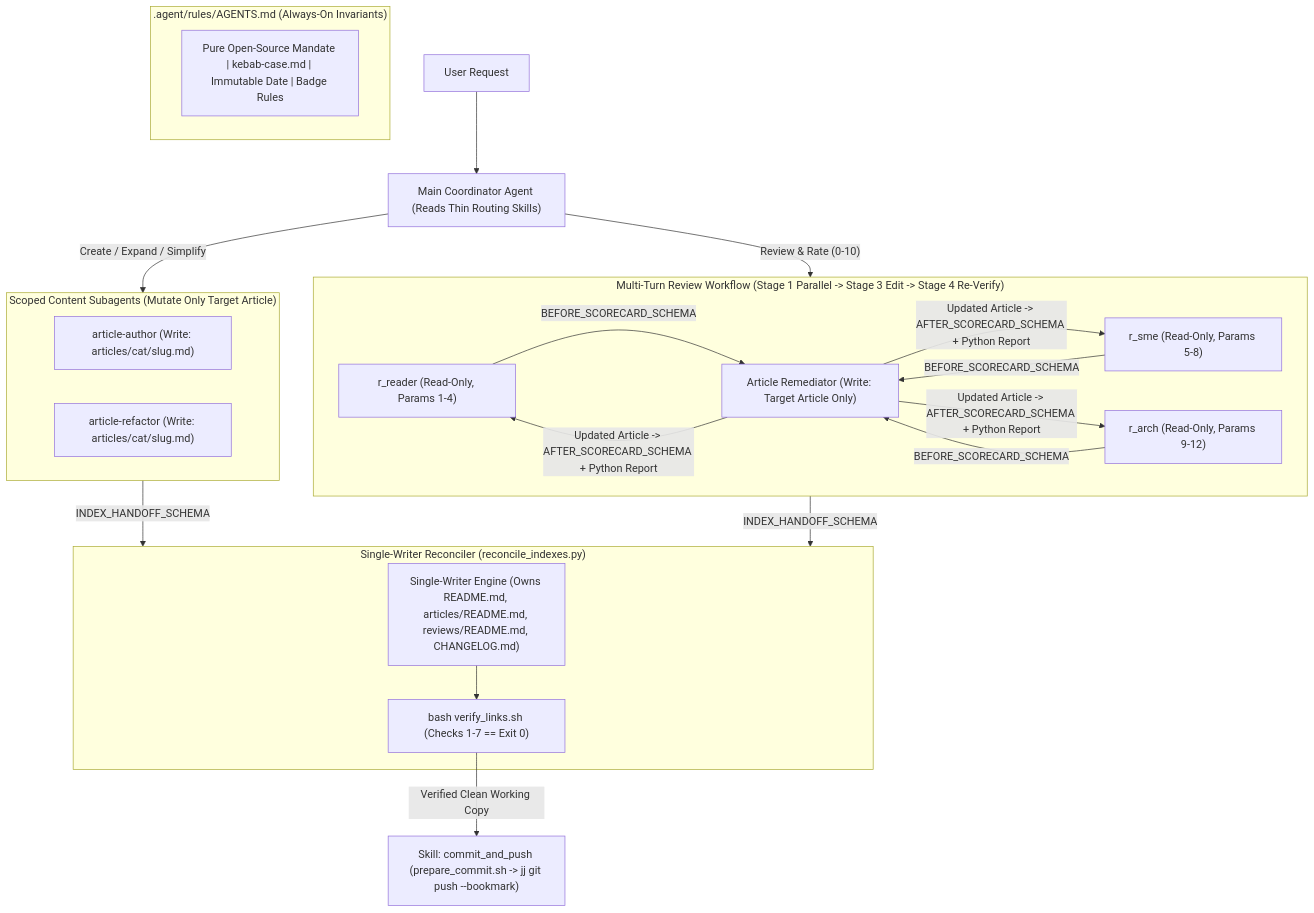
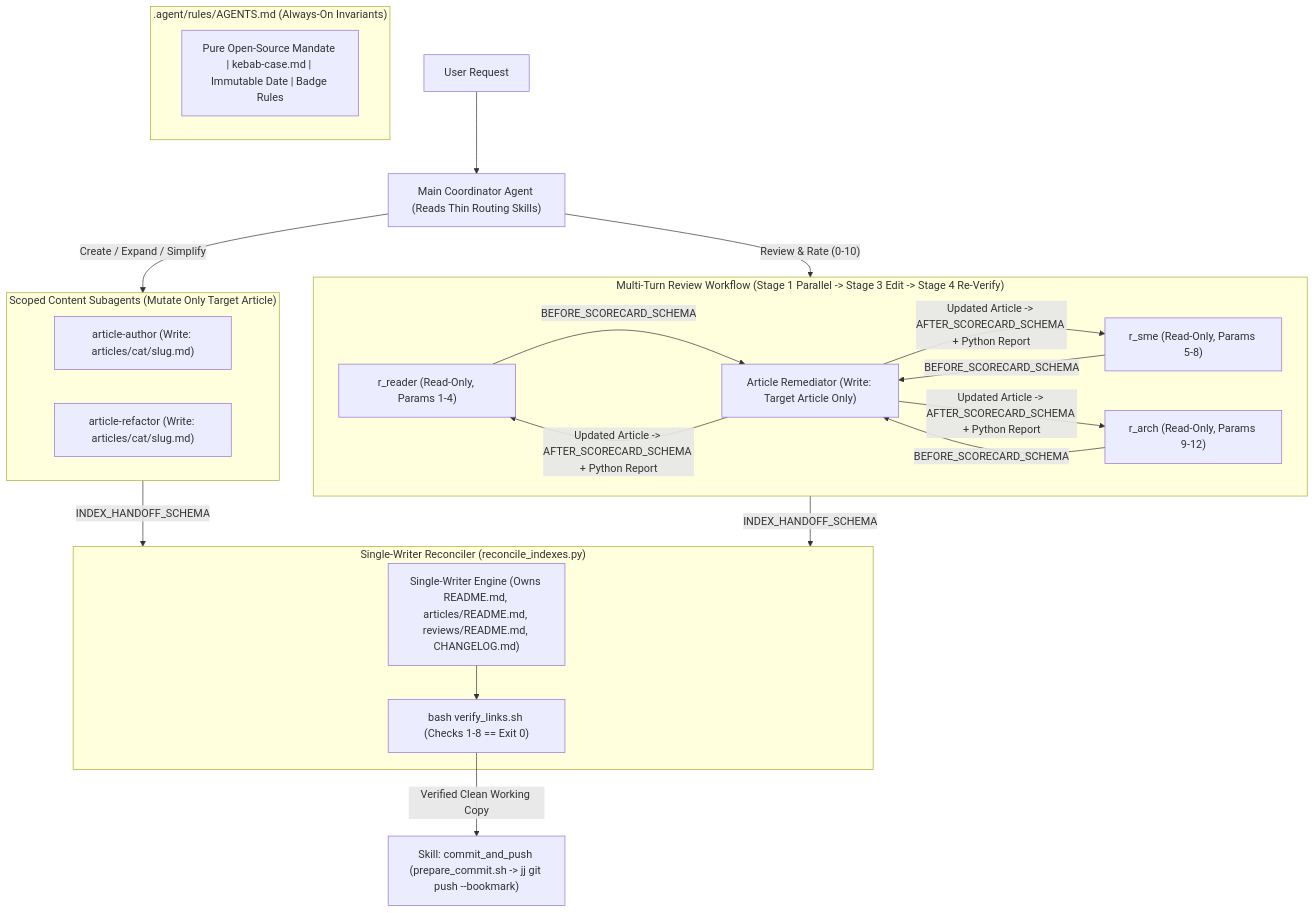
The diagram in plan/02-skills-to-agents-evaluation-and-architecture.md (rohithtp/ThoughtsInWords), drawn with Mermaid before and after one commit. The commit also changed other lines of this file and 23 other files, not shown here.

````diff
--- a/plan/02-skills-to-agents-evaluation-and-architecture.md
+++ b/plan/02-skills-to-agents-evaluation-and-architecture.md
@@ -127,36 +127,36 @@
 ```mermaid
 flowchart TD
     User["User Request"] --> Coord["Main Coordinator Agent (Reads Thin Routing Skills)"]
 
     subgraph Rules[".agent/rules/AGENTS.md (Always-On Invariants)"]
         Inv["Pure Open-Source Mandate | kebab-case.md | Immutable Date | Badge Rules"]
     end
 
     Coord -->|"Create / Expand / Simplify"| ContentAgents
     Coord -->|"Review & Rate (0-10)"| ReviewWorkflow["run_workflow: run_review_workflow.py"]
 
     subgraph ContentAgents["Scoped Content Subagents (Mutate Only Target Article)"]
         Author["article-author (Write: articles/cat/slug.md)"]
         Refactor["article-refactor (Write: articles/cat/slug.md)"]
     end
 
     subgraph ReviewWorkflow["Multi-Turn Review Workflow (Stage 1 Parallel -> Stage 3 Edit -> Stage 4 Re-Verify)"]
         R1["r_reader (Read-Only, Params 1-4)"]
         R2["r_sme (Read-Only, Params 5-8)"]
         R3["r_arch (Read-Only, Params 9-12)"]
         Remediator["Article Remediator (Write: Target Article Only)"]
         R1 & R2 & R3 -->|"BEFORE_SCORECARD_SCHEMA"| Remediator
         Remediator -->|"Updated Article -> AFTER_SCORECARD_SCHEMA + Python Report"| R1 & R2 & R3
     end
 
     ContentAgents -->|"INDEX_HANDOFF_SCHEMA"| Reconciler
     ReviewWorkflow -->|"INDEX_HANDOFF_SCHEMA"| Reconciler
 
     subgraph Reconciler["Single-Writer Reconciler (reconcile_indexes.py)"]
         Org["Single-Writer Engine (Owns README.md, articles/README.md, reviews/README.md, CHANGELOG.md)"]
-        Gate["bash verify_links.sh (Checks 1-7 == Exit 0)"]
+        Gate["bash verify_links.sh (Checks 1-8 == Exit 0)"]
         Org --> Gate
     end
 
     Gate -->|"Verified Clean Working Copy"| JJSkill["Skill: commit_and_push (prepare_commit.sh -> jj git push --bookmark)"]
 ```
````
